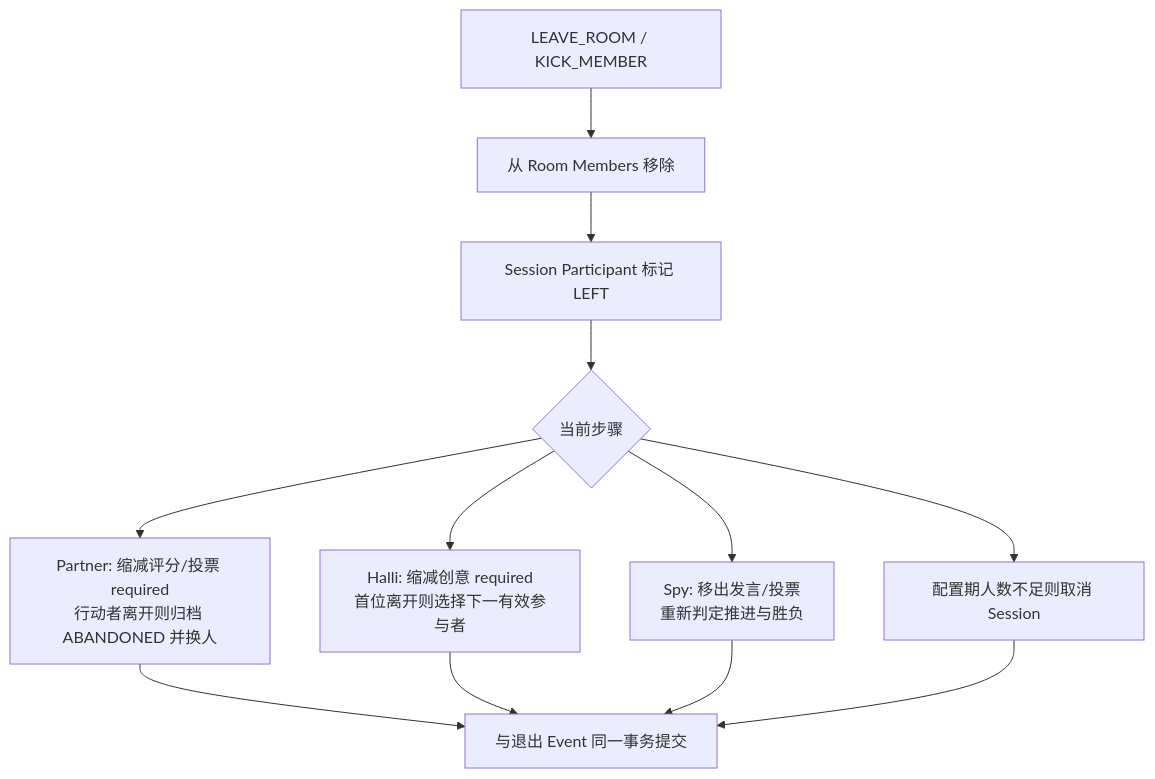
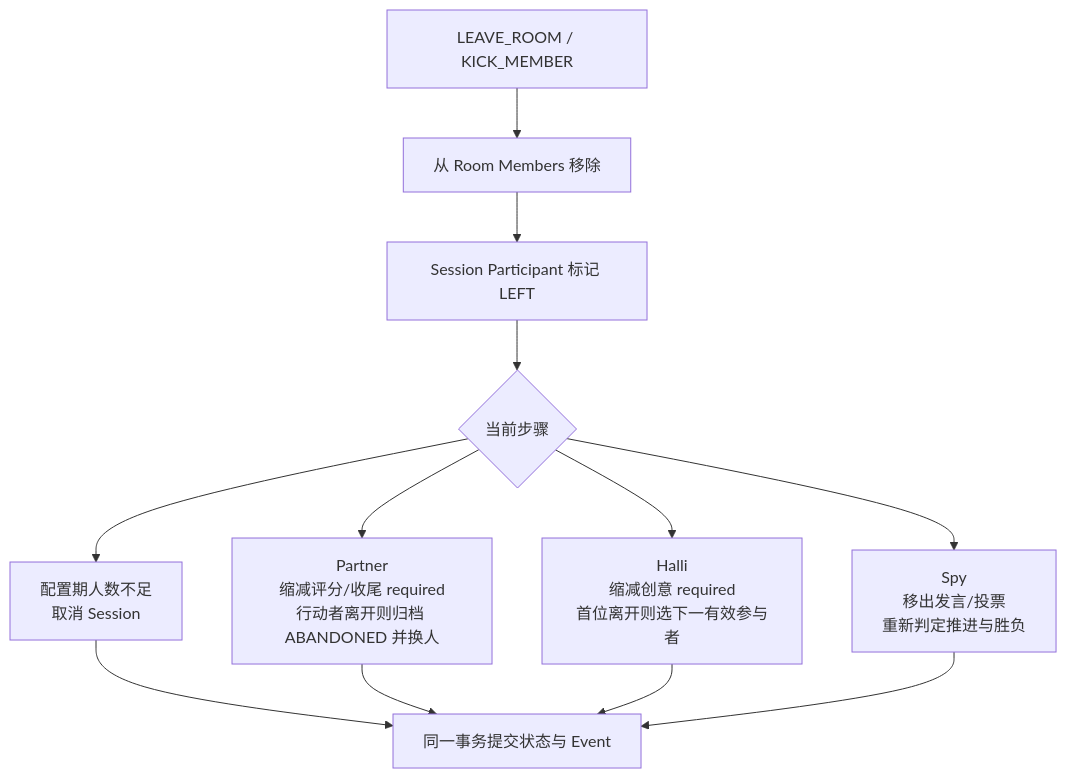
Diagram 14 of 17 in docs/ROOM_BUSINESS_FLOWS.md (Bubble-419/cardboard-miniprogram), drawn with Mermaid before and after one commit. The commit also changed other lines of this file and 25 other files, not shown here.

Commit message:
fix: align v3 routes with business flows

````diff
--- a/docs/ROOM_BUSINESS_FLOWS.md
+++ b/docs/ROOM_BUSINESS_FLOWS.md
@@ -279,19 +442,18 @@
 ```mermaid
 flowchart TD
   EXIT[LEAVE_ROOM / KICK_MEMBER]
   ROOM[从 Room Members 移除]
   PARTICIPANT[Session Participant 标记 LEFT]
   MODE{当前步骤}
-  CANCEL[配置期人数不足则取消 Session]
-  PARTNER[Partner: 缩减评分/投票 required<br/>行动者离开则归档 ABANDONED 并换人]
-  HALLI[Halli: 缩减创意 required<br/>首位离开则选择下一有效参与者]
-  SPY[Spy: 移出发言/投票<br/>重新判定推进与胜负]
-  EVENT[与退出 Event 同一事务提交]
+  CANCEL[配置期人数不足<br/>取消 Session]
+  PARTNER[Partner<br/>缩减评分/收尾 required<br/>行动者离开则归档 ABANDONED 并换人]
+  HALLI[Halli<br/>缩减创意 required<br/>首位离开则选下一有效参与者]
+  SPY[Spy<br/>移出发言/投票<br/>重新判定推进与胜负]
+  EVENT[同一事务提交状态与 Event]
 
   EXIT --> ROOM --> PARTICIPANT --> MODE
-  MODE --> CANCEL
+  MODE --> CANCEL --> EVENT
   MODE --> PARTNER --> EVENT
   MODE --> HALLI --> EVENT
   MODE --> SPY --> EVENT
-  CANCEL --> EVENT
 ```
````
